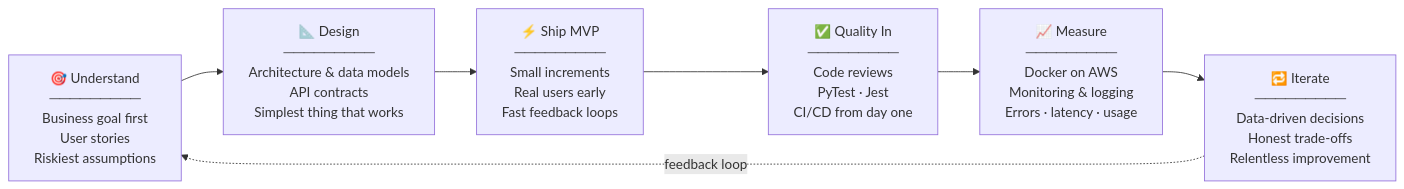
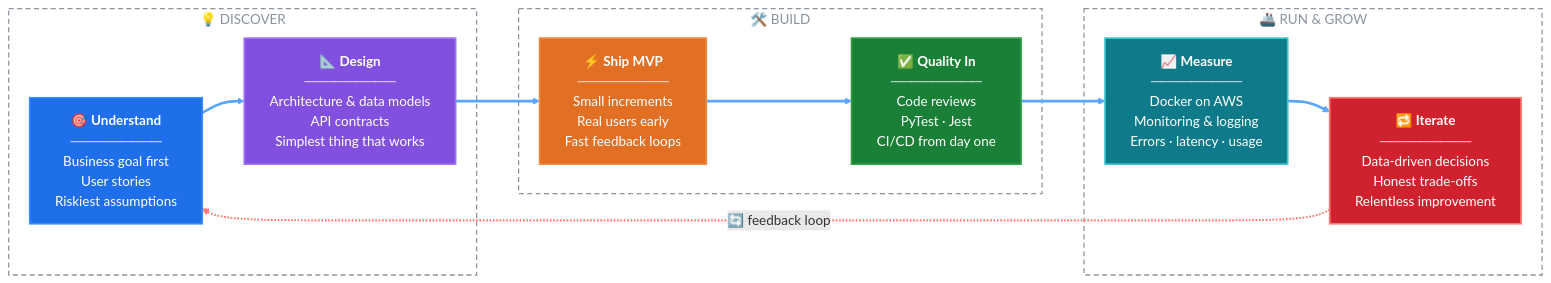
Before and after one commit to tanveersultan53/tanveersultan53: the diagram in README.md, drawn with Mermaid.

Commit message:
Style product workflow diagram: colored stages, phase groups, highlighted flow

````diff
--- a/README.md
+++ b/README.md
@@ -57,12 +57,39 @@
 ```mermaid
 flowchart LR
-    A["🎯 Understand<br/>─────────<br/>Business goal first<br/>User stories<br/>Riskiest assumptions"]
-    B["📐 Design<br/>─────────<br/>Architecture & data models<br/>API contracts<br/>Simplest thing that works"]
-    C["⚡ Ship MVP<br/>─────────<br/>Small increments<br/>Real users early<br/>Fast feedback loops"]
-    D["✅ Quality In<br/>─────────<br/>Code reviews<br/>PyTest · Jest<br/>CI/CD from day one"]
-    E["📈 Measure<br/>─────────<br/>Docker on AWS<br/>Monitoring & logging<br/>Errors · latency · usage"]
-    F["🔁 Iterate<br/>─────────<br/>Data-driven decisions<br/>Honest trade-offs<br/>Relentless improvement"]
+    subgraph P1["&nbsp;💡 DISCOVER&nbsp;"]
+        A["🎯 <b>Understand</b><br/>─────────<br/>Business goal first<br/>User stories<br/>Riskiest assumptions"]
+        B["📐 <b>Design</b><br/>─────────<br/>Architecture & data models<br/>API contracts<br/>Simplest thing that works"]
+    end
 
-    A --> B --> C --> D --> E --> F
-    F -. "feedback loop" .-> A
+    subgraph P2["&nbsp;🛠️ BUILD&nbsp;"]
+        C["⚡ <b>Ship MVP</b><br/>─────────<br/>Small increments<br/>Real users early<br/>Fast feedback loops"]
+        D["✅ <b>Quality In</b><br/>─────────<br/>Code reviews<br/>PyTest · Jest<br/>CI/CD from day one"]
+    end
+
+    subgraph P3["&nbsp;🚢 RUN & GROW&nbsp;"]
+        E["📈 <b>Measure</b><br/>─────────<br/>Docker on AWS<br/>Monitoring & logging<br/>Errors · latency · usage"]
+        F["🔁 <b>Iterate</b><br/>─────────<br/>Data-driven decisions<br/>Honest trade-offs<br/>Relentless improvement"]
+    end
+
+    A ==> B ==> C ==> D ==> E ==> F
+    F -. "🔄 feedback loop" .-> A
+
+    classDef understand fill:#1f6feb,stroke:#388bfd,color:#ffffff,stroke-width:2px
+    classDef design fill:#8250df,stroke:#a371f7,color:#ffffff,stroke-width:2px
+    classDef ship fill:#e16f24,stroke:#f0883e,color:#ffffff,stroke-width:2px
+    classDef quality fill:#1a7f37,stroke:#2ea043,color:#ffffff,stroke-width:2px
+    classDef measure fill:#0f7b8a,stroke:#39c5cf,color:#ffffff,stroke-width:2px
+    classDef iterate fill:#cf222e,stroke:#ff7b72,color:#ffffff,stroke-width:2px
+    classDef phase fill:transparent,stroke:#8b949e,stroke-width:1.5px,stroke-dasharray:6 4,color:#8b949e
+
+    class A understand
+    class B design
+    class C ship
+    class D quality
+    class E measure
+    class F iterate
+    class P1,P2,P3 phase
+
+    linkStyle 0,1,2,3,4 stroke:#58a6ff,stroke-width:3px
+    linkStyle 5 stroke:#ff7b72,stroke-width:2.5px
 ```
````
